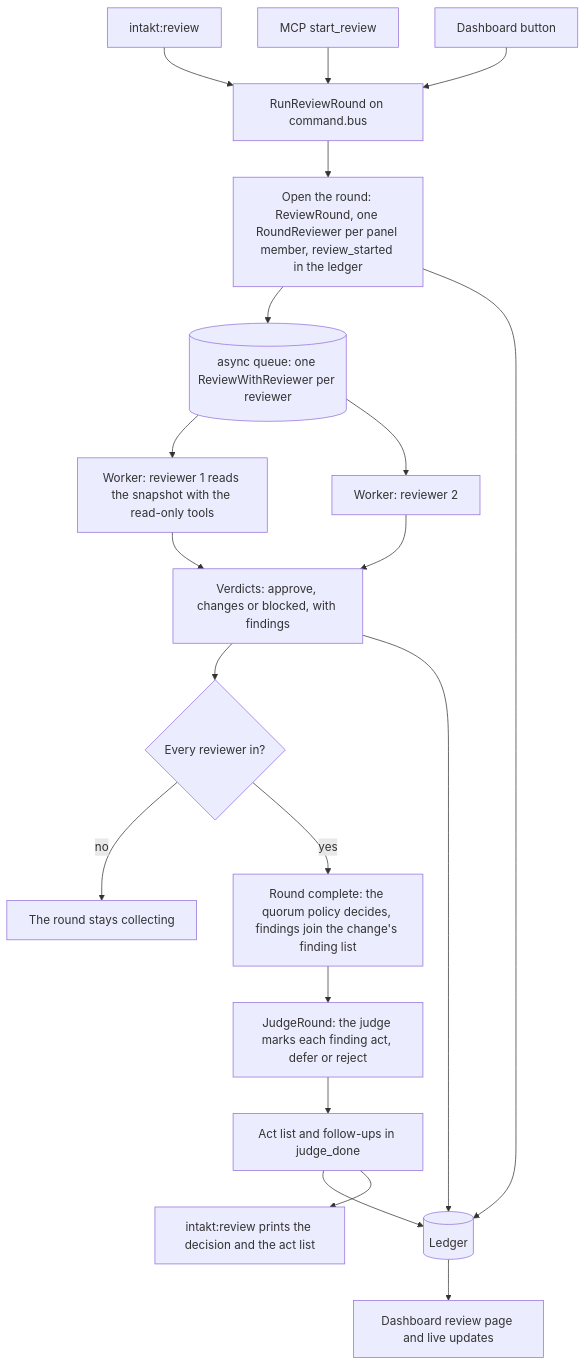
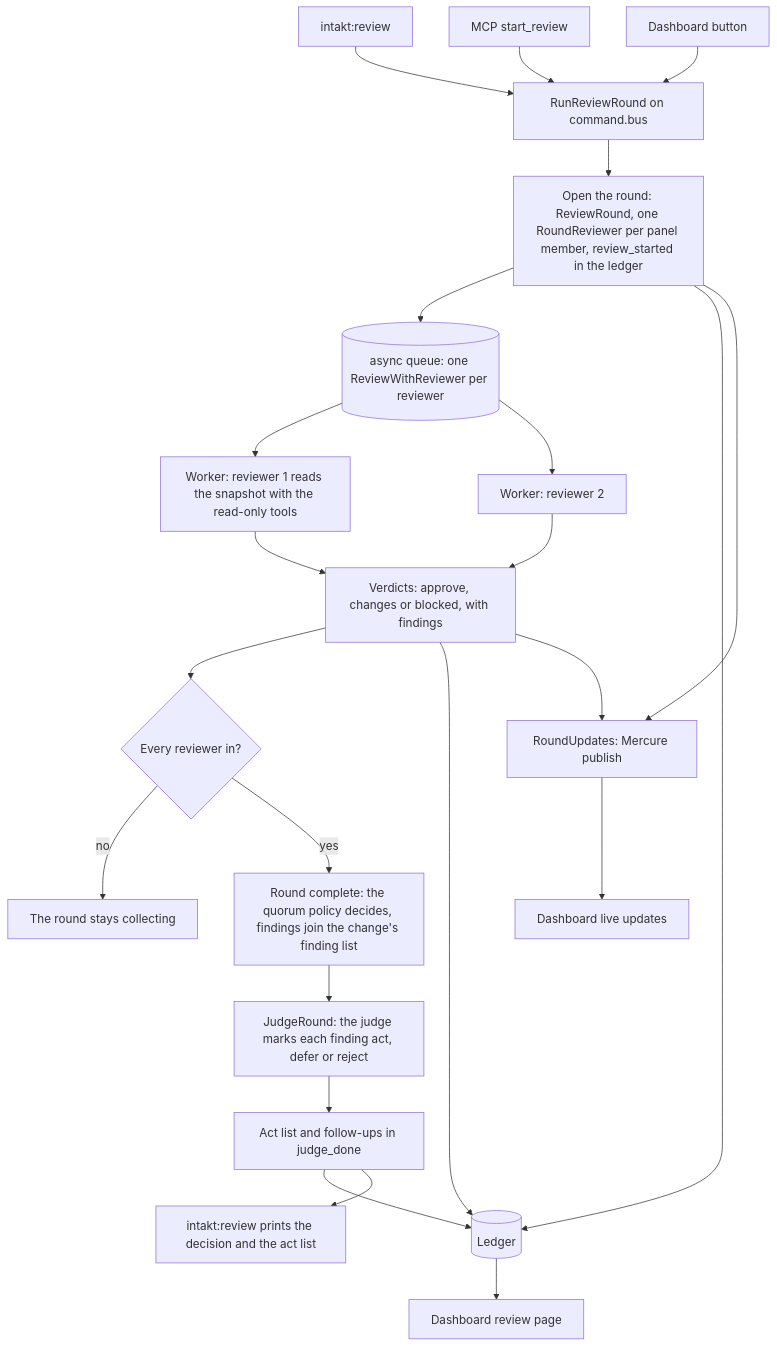
Before and after one commit to shinyredapples/intakt: the diagram in docs/architecture/README.md, drawn with Mermaid. The commit also changed other lines of this file and 3 other files, not shown here.

Commit message:
docs: fix panel size, worker mode status and live-update source in the review docs

````diff
--- a/docs/architecture/README.md
+++ b/docs/architecture/README.md
@@ -388,22 +388,25 @@
 ```mermaid
 flowchart TD
     cli["intakt:review"] --> start
     mcp["MCP start_review"] --> start
     btn["Dashboard button"] --> start
     start["RunReviewRound on command.bus"] --> open["Open the round: ReviewRound, one RoundReviewer per panel member, review_started in the ledger"]
     open --> queue[("async queue: one ReviewWithReviewer per reviewer")]
     queue --> w1["Worker: reviewer 1 reads the snapshot with the read-only tools"]
     queue --> w2["Worker: reviewer 2"]
     w1 --> verdicts["Verdicts: approve, changes or blocked, with findings"]
     w2 --> verdicts
     verdicts --> complete{"Every reviewer in?"}
     complete -->|no| wait["The round stays collecting"]
     complete -->|yes| quorum["Round complete: the quorum policy decides, findings join the change's finding list"]
     quorum --> judge["JudgeRound: the judge marks each finding act, defer or reject"]
     judge --> act["Act list and follow-ups in judge_done"]
     act --> ledger[("Ledger")]
     open --> ledger
     verdicts --> ledger
-    ledger --> dash["Dashboard review page and live updates"]
+    ledger --> dash["Dashboard review page"]
+    open --> updates["RoundUpdates: Mercure publish"]
+    verdicts --> updates
+    updates --> live["Dashboard live updates"]
     act --> out["intakt:review prints the decision and the act list"]
 ```
````
